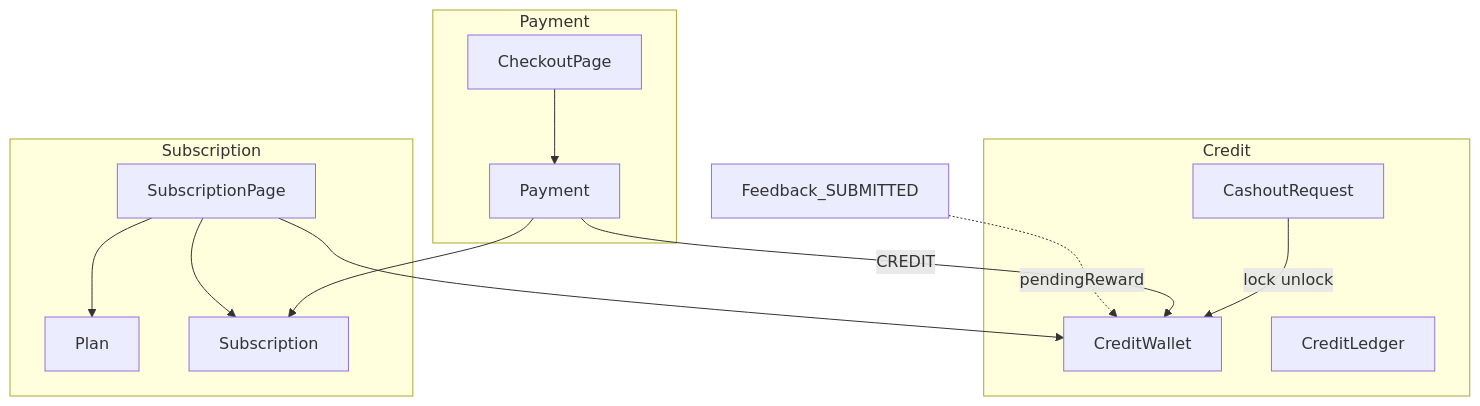
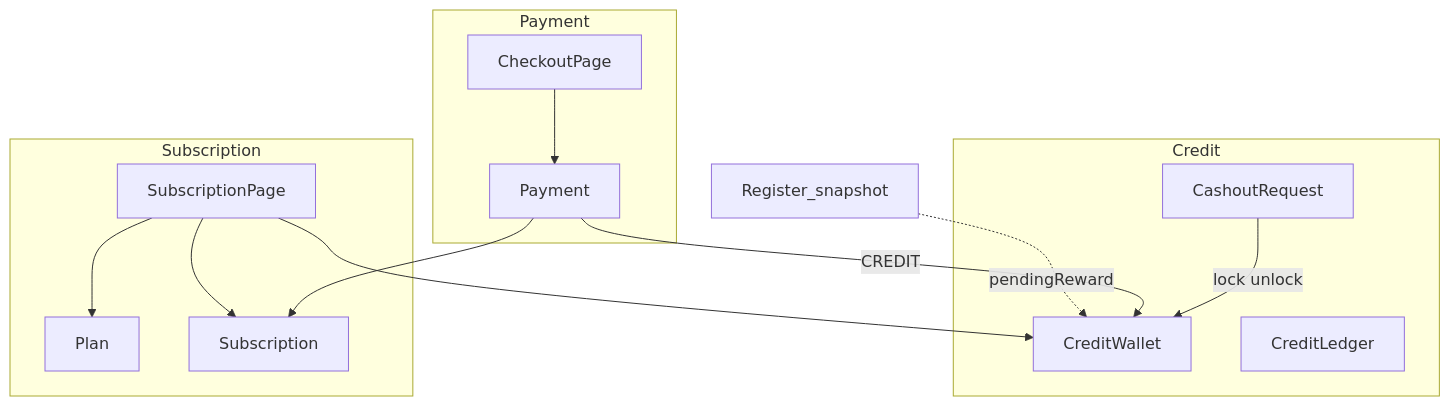
One commit to likelion-backendschool-9th/test-moa changed the first of 3 diagrams in docs/backend/payment-subscription-credit.md. Above: the diagram before and after it, drawn with Mermaid. The commit also changed other lines of this file and 2 other files, not shown here.

````diff
--- a/docs/backend/payment-subscription-credit.md
+++ b/docs/backend/payment-subscription-credit.md
@@ -34,25 +34,25 @@
 ```mermaid
 flowchart TB
   subgraph credit [Credit]
     Wallet[CreditWallet]
     Ledger[CreditLedger]
     Cashout[CashoutRequest]
   end
   subgraph subscription [Subscription]
     PlanEntity[Plan]
     Sub[Subscription]
     Page[SubscriptionPage]
   end
   subgraph payment [Payment]
     Pay[Payment]
     Checkout[CheckoutPage]
   end
-  Feedback[Feedback_SUBMITTED] -.pendingReward.-> Wallet
+  Register[Register_snapshot] -.pendingReward.-> Wallet
   Page --> PlanEntity
   Page --> Sub
   Page --> Wallet
   Checkout --> Pay
   Pay -->|"CREDIT"| Wallet
   Pay --> Sub
   Cashout -->|"lock unlock"| Wallet
 ```
````
